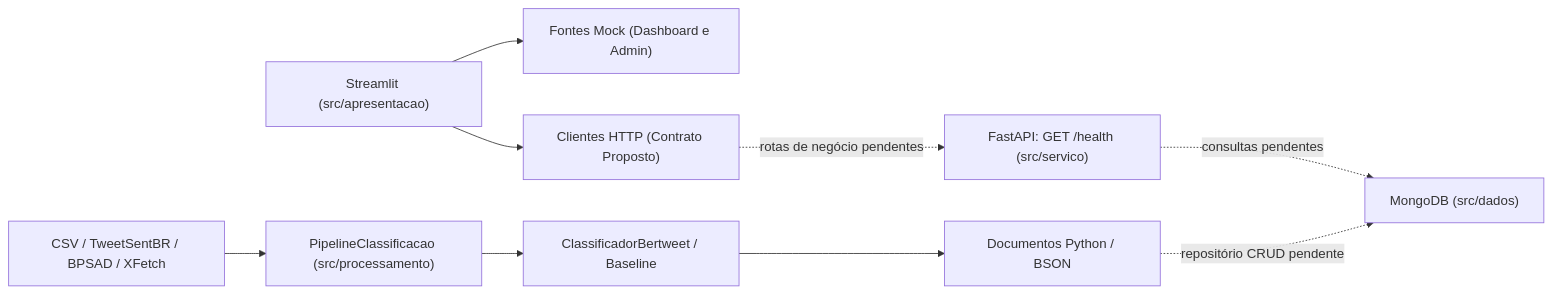
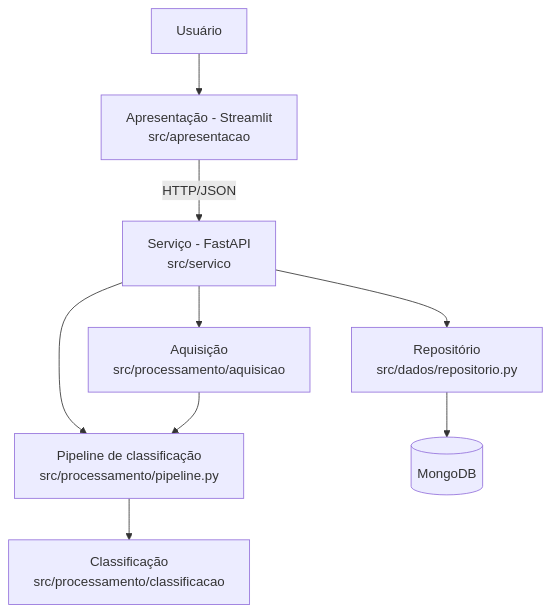
The diagram in docs/arquitetura.md (FGA0138-MDS-Ajax/2026.2-T03-Liskov), drawn with Mermaid before and after one commit. The commit also changed other lines of this file and 4 other files, not shown here.

````diff
--- a/docs/arquitetura.md
+++ b/docs/arquitetura.md
@@ -5,11 +12,11 @@
 ```mermaid
-flowchart LR
-    UI["Streamlit (src/apresentacao)"] --> MOCK["Fontes Mock (Dashboard e Admin)"]
-    UI --> HTTP["Clientes HTTP (Contrato Proposto)"]
-    HTTP -. "rotas de negócio pendentes" .-> API["FastAPI: GET /health (src/servico)"]
-    AQ["CSV / TweetSentBR / BPSAD / XFetch"] --> PIPE["PipelineClassificacao (src/processamento)"]
-    PIPE --> ML["ClassificadorBertweet / Baseline"]
-    ML --> DOC["Documentos Python / BSON"]
-    DOC -. "repositório CRUD pendente" .-> DB["MongoDB (src/dados)"]
-    API -. "consultas pendentes" .-> DB
+flowchart TD
+    U[Usuário] --> UI[Apresentação - Streamlit\nsrc/apresentacao]
+    UI -->|HTTP/JSON| API[Serviço - FastAPI\nsrc/servico]
+    API --> AQ[Aquisição\nsrc/processamento/aquisicao]
+    API --> PIPE[Pipeline de classificação\nsrc/processamento/pipeline.py]
+    PIPE --> CL[Classificação\nsrc/processamento/classificacao]
+    API --> REP[Repositório\nsrc/dados/repositorio.py]
+    AQ --> PIPE
+    REP --> DB[(MongoDB)]
 ```
````
